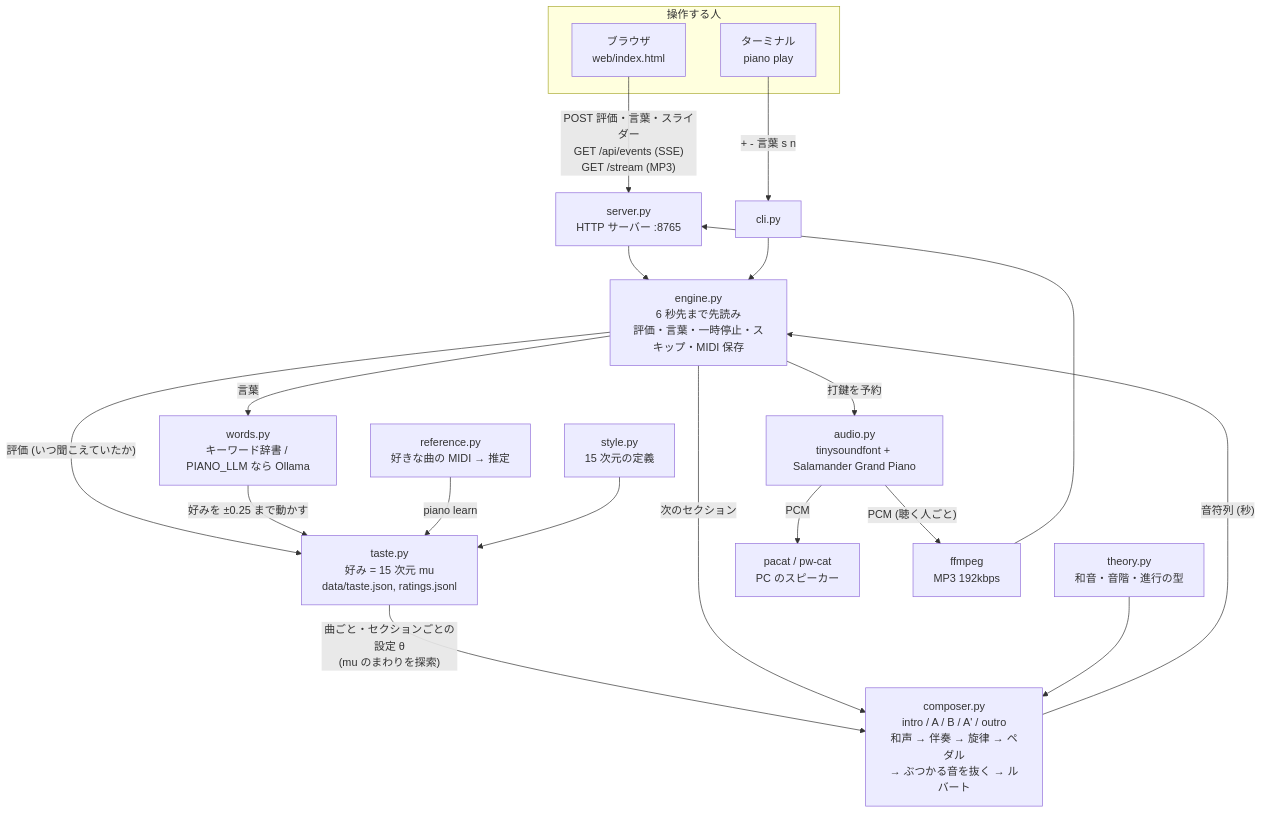
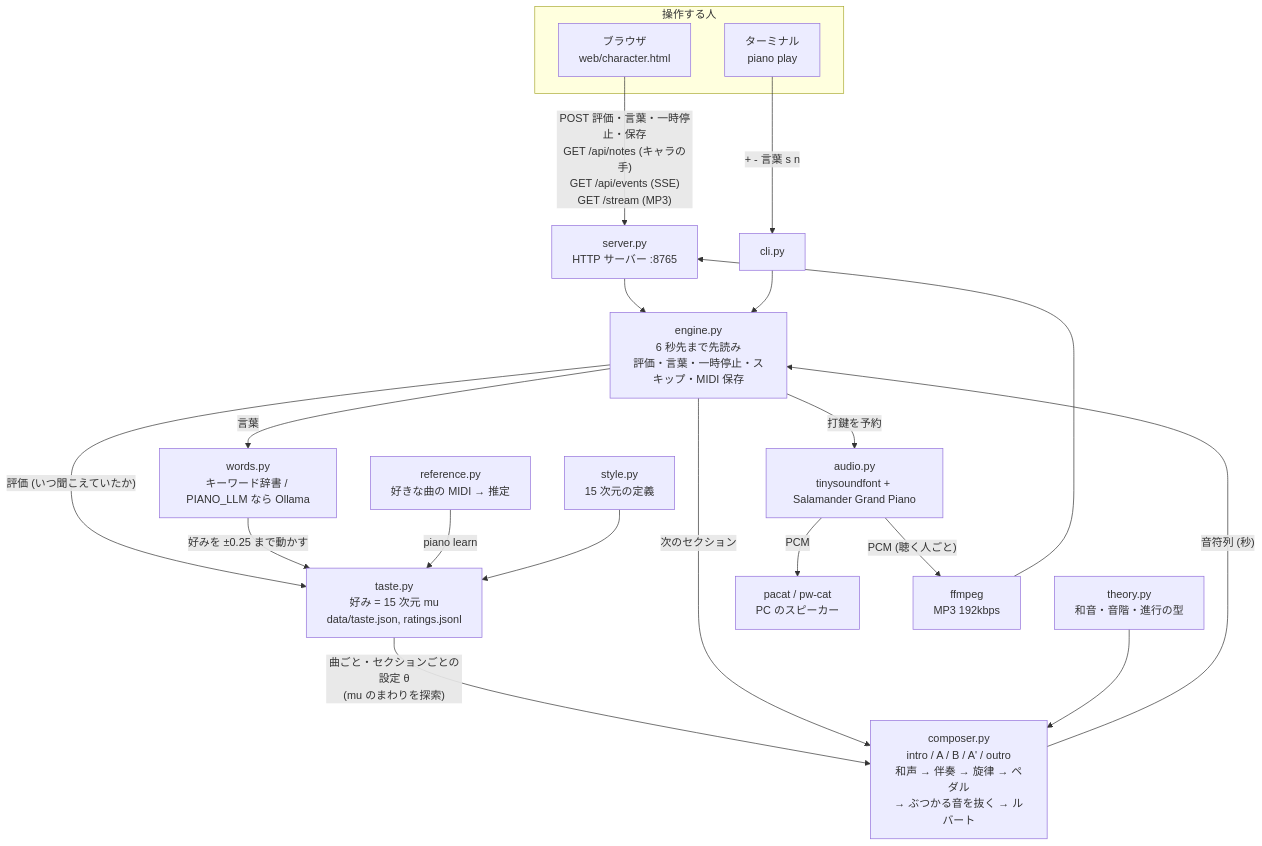
The diagram in docs/architecture.md (oyako-li/piano-improv), drawn with Mermaid before and after one commit. The commit also changed 17 other files, not shown here.

````diff
--- a/docs/architecture.md
+++ b/docs/architecture.md
@@ -5,32 +5,32 @@
 ```mermaid
 flowchart TD
     subgraph U["操作する人"]
-        B["ブラウザ<br/>web/index.html"]
+        B["ブラウザ<br/>web/character.html"]
         T["ターミナル<br/>piano play"]
     end
 
-    B -- "POST 評価・言葉・スライダー<br/>GET /api/events (SSE)<br/>GET /stream (MP3)" --> S["server.py<br/>HTTP サーバー :8765"]
+    B -- "POST 評価・言葉・一時停止・保存<br/>GET /api/notes (キャラの手)<br/>GET /api/events (SSE)<br/>GET /stream (MP3)" --> S["server.py<br/>HTTP サーバー :8765"]
     T -- "+ - 言葉 s n" --> C["cli.py"]
     S --> E
     C --> E
 
     E["engine.py<br/>6 秒先まで先読み<br/>評価・言葉・一時停止・スキップ・MIDI 保存"]
 
     E -- "評価 (いつ聞こえていたか)" --> TA
     E -- "言葉" --> W["words.py<br/>キーワード辞書 / PIANO_LLM なら Ollama"]
     W -- "好みを ±0.25 まで動かす" --> TA
     R["reference.py<br/>好きな曲の MIDI → 推定"] -- "piano learn" --> TA
 
     TA["taste.py<br/>好み = 15 次元 mu<br/>data/taste.json, ratings.jsonl"]
     TA -- "曲ごと・セクションごとの設定 θ<br/>(mu のまわりを探索)" --> CO
 
     E -- "次のセクション" --> CO["composer.py<br/>intro / A / B / A' / outro<br/>和声 → 伴奏 → 旋律 → ペダル<br/>→ ぶつかる音を抜く → ルバート"]
     TH["theory.py<br/>和音・音階・進行の型"] --> CO
     ST["style.py<br/>15 次元の定義"] --> TA
     CO -- "音符列 (秒)" --> E
 
     E -- "打鍵を予約" --> A["audio.py<br/>tinysoundfont + Salamander Grand Piano"]
     A -- "PCM" --> SP["pacat / pw-cat<br/>PC のスピーカー"]
     A -- "PCM (聴く人ごと)" --> FF["ffmpeg<br/>MP3 192kbps"]
     FF --> S
 ```
````
